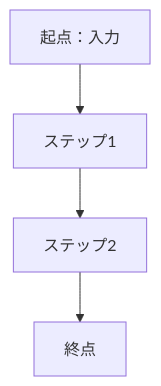
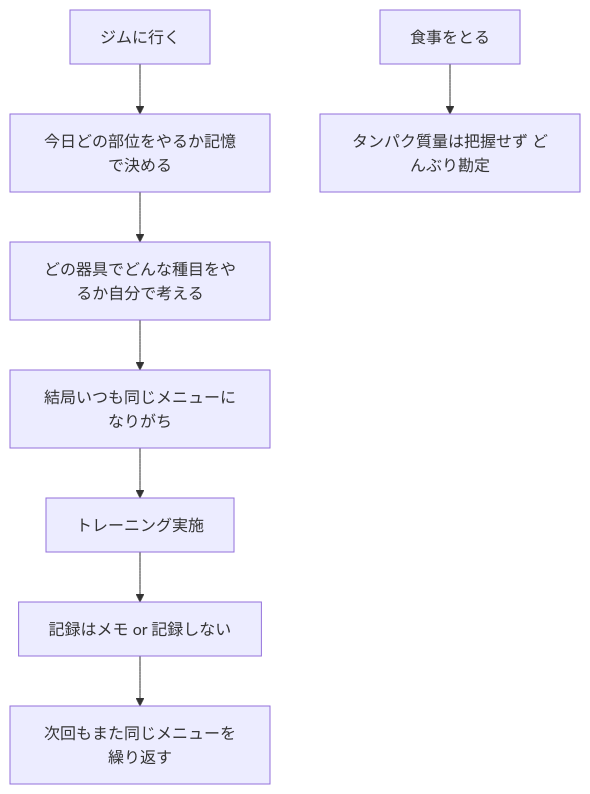
Before and after one commit to k-okada51/okada-fit: the first of 3 diagrams in docs/01_要件定義/01_全体像/02_課題・解決・業務フロー.md, drawn with Mermaid. The commit also changed other lines of this file and 4 other files, not shown here.

````diff
--- a/docs/01_要件定義/01_全体像/02_課題・解決・業務フロー.md
+++ b/docs/01_要件定義/01_全体像/02_課題・解決・業務フロー.md
@@ -33,7 +47,11 @@
 ```mermaid
 flowchart TD
-  %% ここにAs-Is（現行の手動フロー）を記載
-  A[起点：入力] --> B[ステップ1]
-  B --> C[ステップ2]
-  C --> D[終点]
+  %% As-Is（現行の手動フロー）
+  A[ジムに行く] --> B[今日どの部位をやるか記憶で決める]
+  B --> C[どの器具でどんな種目をやるか自分で考える]
+  C --> D[結局いつも同じメニューになりがち]
+  D --> E[トレーニング実施]
+  E --> F[記録はメモ or 記録しない]
+  F --> G[次回もまた同じメニューを繰り返す]
+  H[食事をとる] --> I[タンパク質量は把握せず どんぶり勘定]
 ```
````
